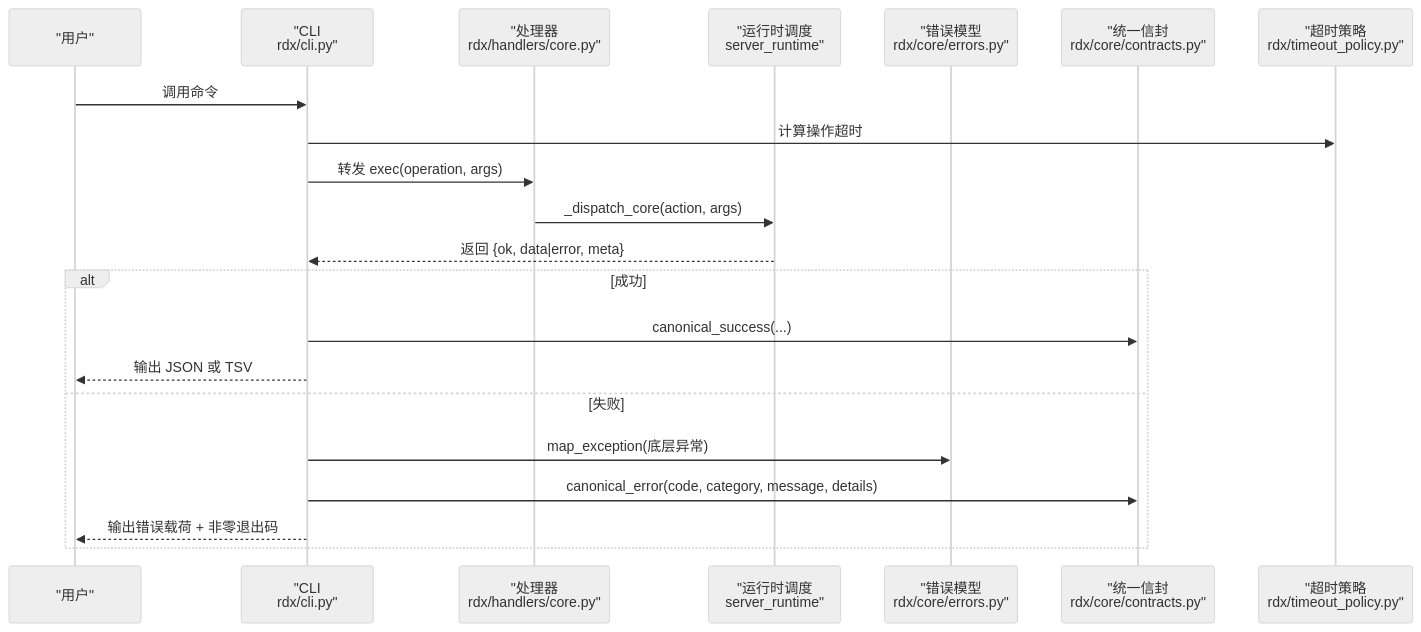
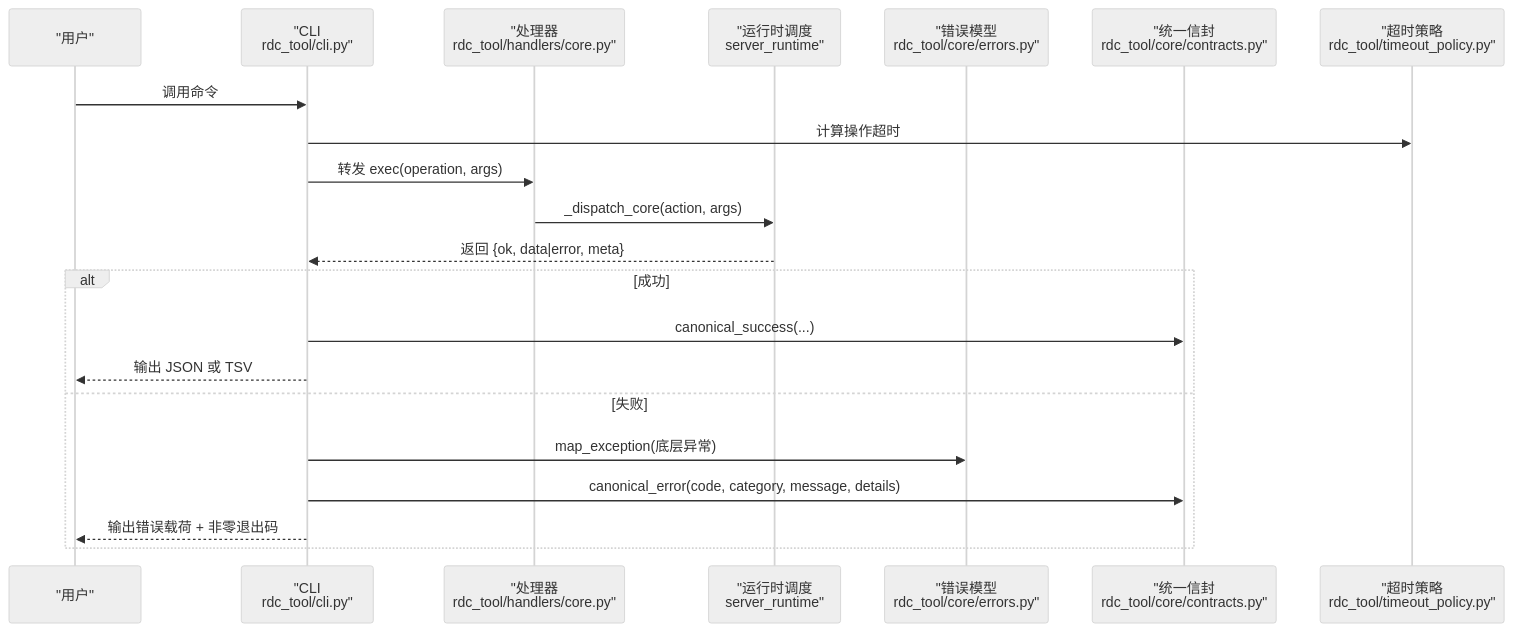
One commit to haolange/RDC-Tool changed the second of 8 diagrams in .qoder/repowiki/zh/content/架构设计/错误处理策略.md. Above: the diagram before and after it, drawn with Mermaid (neutral theme). The commit also changed other lines of this file and 388 other files, not shown here.

First line of the commit message:
Release RDC-Tool identity and public maintenance surface

````diff
--- a/.qoder/repowiki/zh/content/架构设计/错误处理策略.md
+++ b/.qoder/repowiki/zh/content/架构设计/错误处理策略.md
@@ -75,23 +75,23 @@
 ```mermaid
 sequenceDiagram
 participant U as "用户"
-participant CLI as "CLI<br/>rdx/cli.py"
-participant H as "处理器<br/>rdx/handlers/core.py"
+participant CLI as "CLI<br/>rdc_tool/cli.py"
+participant H as "处理器<br/>rdc_tool/handlers/core.py"
 participant SR as "运行时调度<br/>server_runtime"
-participant ERR as "错误模型<br/>rdx/core/errors.py"
-participant CON as "统一信封<br/>rdx/core/contracts.py"
-participant T as "超时策略<br/>rdx/timeout_policy.py"
+participant ERR as "错误模型<br/>rdc_tool/core/errors.py"
+participant CON as "统一信封<br/>rdc_tool/core/contracts.py"
+participant T as "超时策略<br/>rdc_tool/timeout_policy.py"
 U->>CLI : 调用命令
 CLI->>T : 计算操作超时
 CLI->>H : 转发 exec(operation, args)
 H->>SR : _dispatch_core(action, args)
 SR-->>CLI : 返回 {ok, data|error, meta}
 alt 成功
 CLI->>CON : canonical_success(...)
 CLI-->>U : 输出 JSON 或 TSV
 else 失败
 CLI->>ERR : map_exception(底层异常)
 CLI->>CON : canonical_error(code, category, message, details)
 CLI-->>U : 输出错误载荷 + 非零退出码
 end
 ```
````
